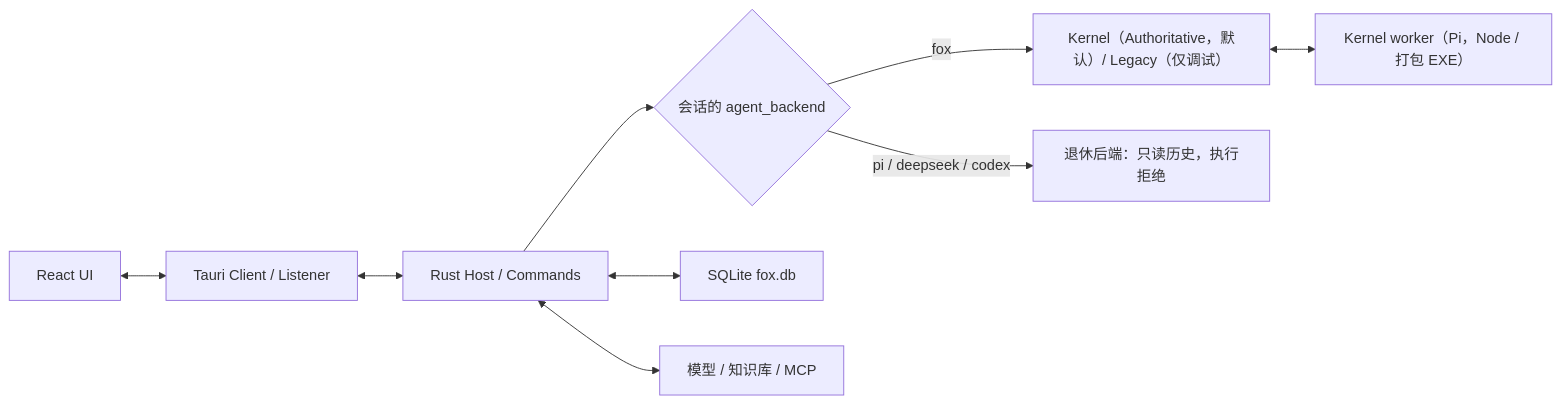
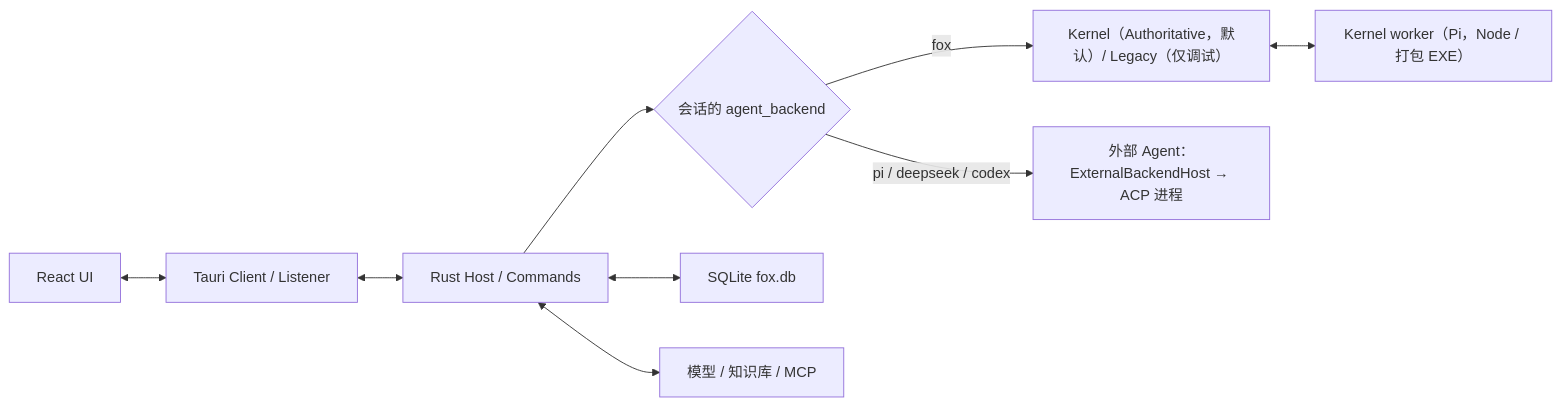
One commit to Hry1729/Fox-Agent changed the diagram in docs/05-开发指南/调试指南.md. Above: the diagram before and after it, drawn with Mermaid. The commit also changed other lines of this file and 12 other files, not shown here.

Commit message:
docs(1101): 05-开发指南、06-运维、07-路线图按当前代码更新外部 Agent 现状 [skip ci]

````diff
--- a/docs/05-开发指南/调试指南.md
+++ b/docs/05-开发指南/调试指南.md
@@ -14,11 +14,11 @@
 ```mermaid
 flowchart LR
   UI["React UI"] <--> Client["Tauri Client / Listener"]
   Client <--> Host["Rust Host / Commands"]
   Host --> Route{"会话的 agent_backend"}
   Route -->|"fox"| Kernel["Kernel（Authoritative，默认）/ Legacy（仅调试）"]
   Kernel <--> Worker["Kernel worker（Pi，Node / 打包 EXE）"]
-  Route -->|"pi / deepseek / codex"| ACP["退休后端：只读历史，执行拒绝"]
+  Route -->|"pi / deepseek / codex"| ACP["外部 Agent：ExternalBackendHost → ACP 进程"]
   Host <--> DB["SQLite fox.db"]
   Host <--> Service["模型 / 知识库 / MCP"]
 ```
````
